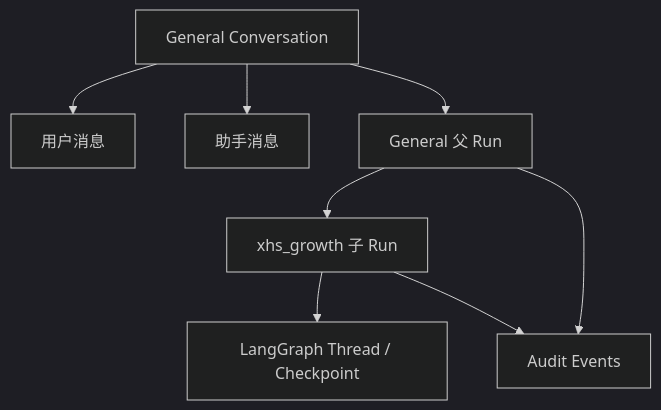
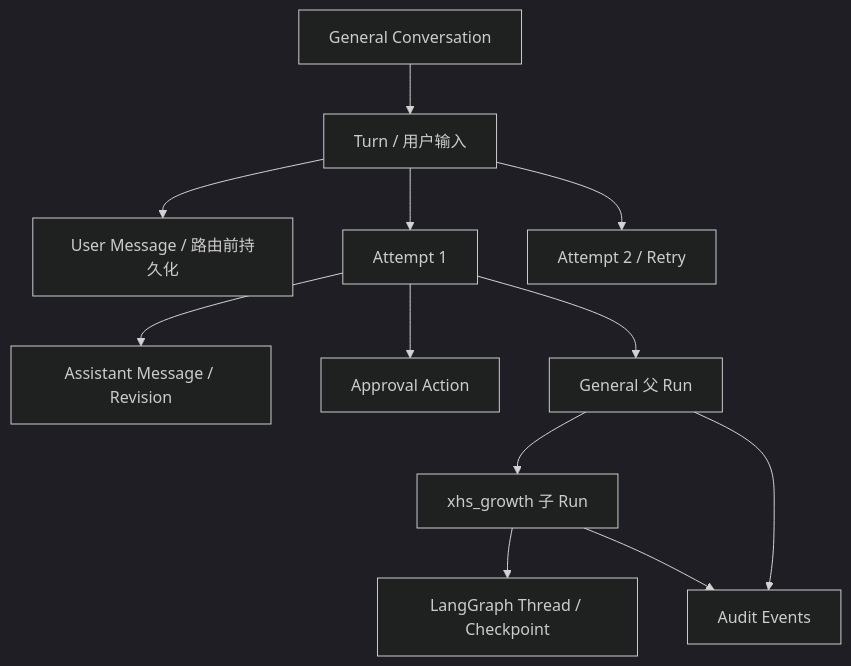
Before and after one commit to leo-cai-ai/agentkit: the third of 3 diagrams in docs/framework/01_INTERFACE_AND_ACCESS.md, drawn with Mermaid (dark theme). The commit also changed other lines of this file and 2 other files, not shown here.

Commit message:
docs: document attempt retry contract

````diff
--- a/docs/framework/01_INTERFACE_AND_ACCESS.md
+++ b/docs/framework/01_INTERFACE_AND_ACCESS.md
@@ -285,10 +285,14 @@
 ```mermaid
 flowchart TD
-    C[General Conversation] --> M1[用户消息]
-    C --> M2[助手消息]
-    C --> P[General 父 Run]
+    C[General Conversation] --> T[Turn / 用户输入]
+    T --> U[User Message / 路由前持久化]
+    T --> A1[Attempt 1]
+    T --> A2[Attempt 2 / Retry]
+    A1 --> M1[Assistant Message / Revision]
+    A1 --> D[Approval Action]
+    A1 --> P[General 父 Run]
     P --> X[xhs_growth 子 Run]
-    X --> T[LangGraph Thread / Checkpoint]
-    X --> A[Audit Events]
-    P --> A
+    X --> CP[LangGraph Thread / Checkpoint]
+    X --> E[Audit Events]
+    P --> E
 ```
````
